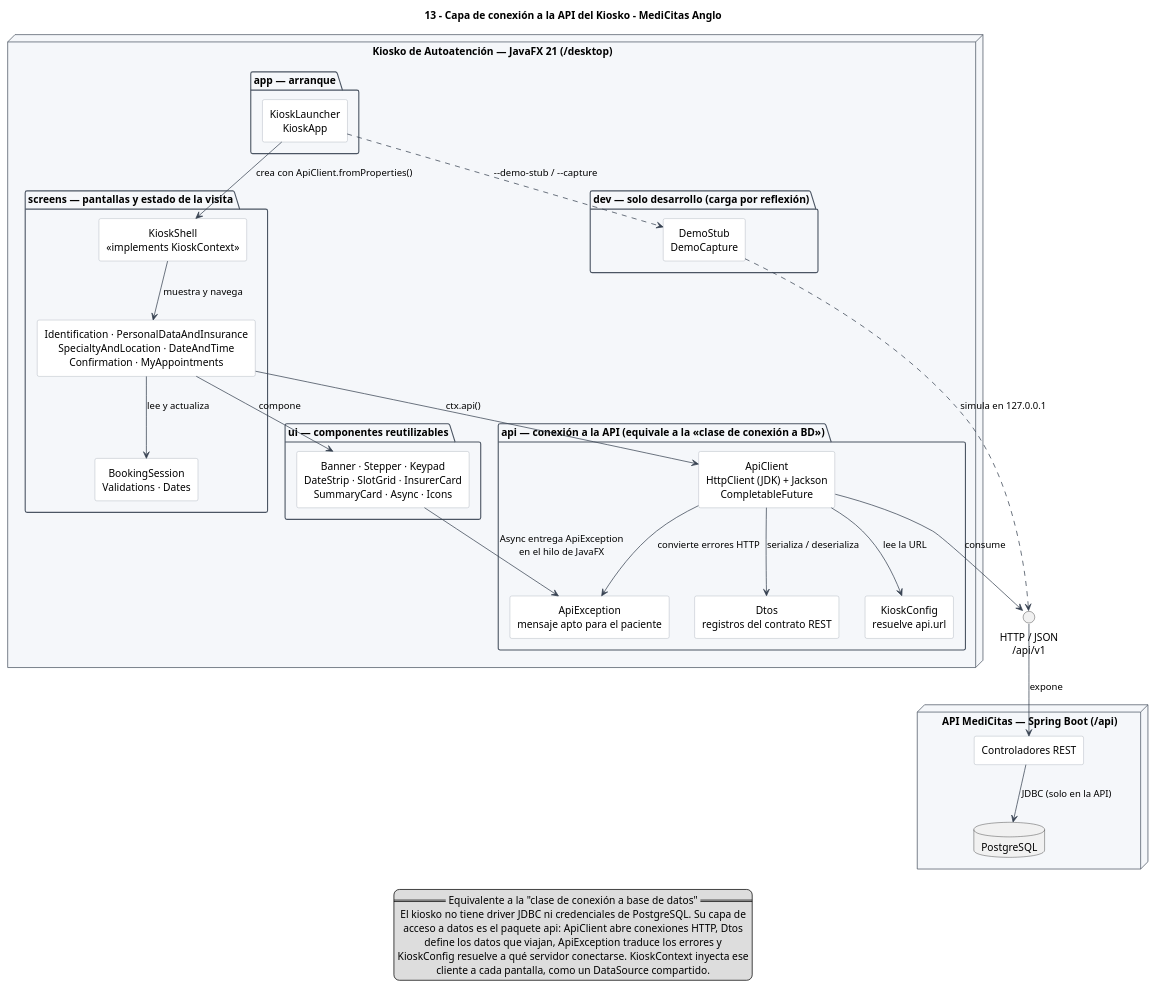
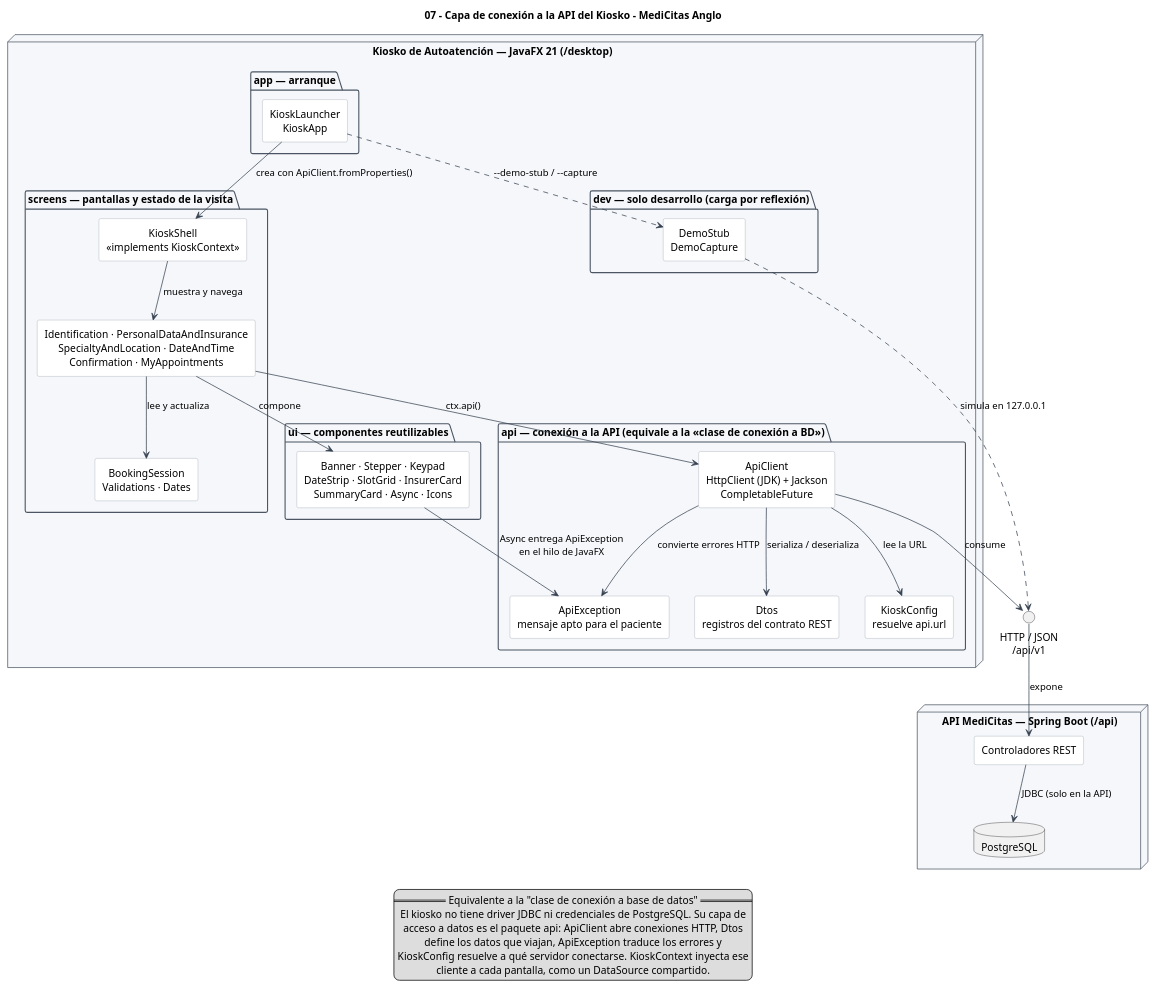
Before and after one commit to Jimena-CC/ProyectoCitasMedicas: the diagram in docs/diagrams/processes/proposed/07-kiosk-api-layer.puml, drawn with PlantUML. The commit also changed 11 other files, not shown here.

Commit message:
docs(diagramas): quitar numeración de los títulos de los diagramas

```diff
--- a/docs/diagrams/processes/proposed/07-kiosk-api-layer.puml
+++ b/docs/diagrams/processes/proposed/07-kiosk-api-layer.puml
@@ -1,80 +1,80 @@
 @startuml
-title 13 - Capa de conexión a la API del Kiosko - MediCitas Anglo
+title 07 - Capa de conexión a la API del Kiosko - MediCitas Anglo
 
 skinparam componentStyle rectangle
 skinparam shadowing false
 skinparam defaultTextAlignment center
 skinparam ArrowColor #374151
 skinparam node {
   BackgroundColor #FFFFFF
   BorderColor #6B7280
 }
 skinparam package {
   BackgroundColor #F5F7FA
   BorderColor #4B5563
 }
 skinparam component {
   BackgroundColor #FFFFFF
   BorderColor #9CA3AF
 }
 
 node "Kiosko de Autoatención — JavaFX 21 (/desktop)" as KIOSK {
 
   package "app — arranque" as APP {
     component "KioskLauncher\nKioskApp" as KAPP
   }
 
   package "screens — pantallas y estado de la visita" as SCREENS {
     component "KioskShell\n<<implements KioskContext>>" as SHELL
     component "Identification · PersonalDataAndInsurance\nSpecialtyAndLocation · DateAndTime\nConfirmation · MyAppointments" as PANTALLAS
     component "BookingSession\nValidations · Dates" as SESSION
   }
 
   package "ui — componentes reutilizables" as UI {
     component "Banner · Stepper · Keypad\nDateStrip · SlotGrid · InsurerCard\nSummaryCard · Async · Icons" as COMPONENTES
   }
 
   package "api — conexión a la API (equivale a la «clase de conexión a BD»)" as APIPKG {
     component "ApiClient\nHttpClient (JDK) + Jackson\nCompletableFuture" as CLIENT
     component "Dtos\nregistros del contrato REST" as DTOS
     component "ApiException\nmensaje apto para el paciente" as EXC
     component "KioskConfig\nresuelve api.url" as CFG
   }
 
   package "dev — solo desarrollo (carga por reflexión)" as DEV {
     component "DemoStub\nDemoCapture" as STUB
   }
 }
 
 interface "HTTP / JSON\n/api/v1" as REST
 
 node "API MediCitas — Spring Boot (/api)" as API {
   component "Controladores REST" as CTRL
   database "PostgreSQL" as DB
 }
 
 KAPP --> SHELL : crea con ApiClient.fromProperties()
 KAPP ..> STUB : --demo-stub / ~--capture
 SHELL --> PANTALLAS : muestra y navega
 PANTALLAS --> SESSION : lee y actualiza
 PANTALLAS --> COMPONENTES : compone
 PANTALLAS --> CLIENT : ctx.api()
 COMPONENTES --> EXC : Async entrega ApiException\nen el hilo de JavaFX
 CLIENT --> DTOS : serializa / deserializa
 CLIENT --> EXC : convierte errores HTTP
 CLIENT --> CFG : lee la URL
 CLIENT --> REST : consume
 REST --> CTRL : expone
 CTRL --> DB : JDBC (solo en la API)
 STUB ..> REST : simula en 127.0.0.1
 
 legend bottom
   == Equivalente a la "clase de conexión a base de datos" ==
   El kiosko no tiene driver JDBC ni credenciales de PostgreSQL. Su capa de
   acceso a datos es el paquete api: ApiClient abre conexiones HTTP, Dtos
   define los datos que viajan, ApiException traduce los errores y
   KioskConfig resuelve a qué servidor conectarse. KioskContext inyecta ese
   cliente a cada pantalla, como un DataSource compartido.
 endlegend
 
 @enduml
```
